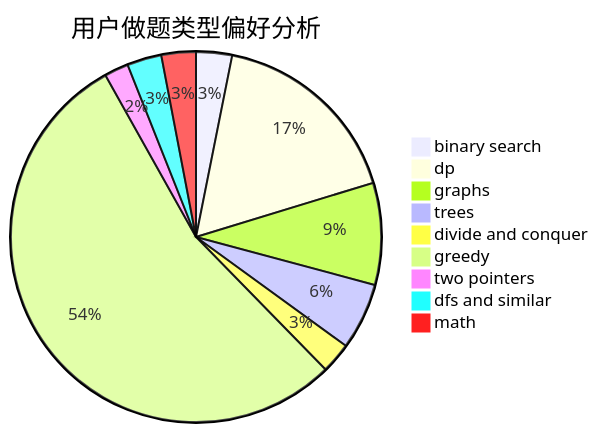
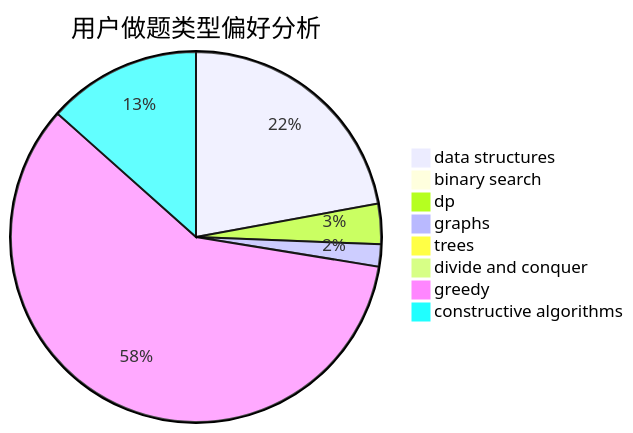
One commit to sherpahu/cfrs.github.io changed the second of 3 diagrams in docs/user/u1723.md. Above: the diagram before and after it, drawn with Mermaid. The commit also changed other lines of this file and 2775 other files, not shown here.

````diff
--- a/docs/user/u1723.md
+++ b/docs/user/u1723.md
@@ -23,12 +23,11 @@
 ```mermaid
 pie title 用户做题类型偏好分析
-    "binary search" :  49
-    "dp" :  268
-    "graphs" :  139
-    "trees" :  91
-    "divide and conquer" :  42
-    "greedy" :  847
-    "two pointers" :  33
-    "dfs and similar" :  47
-    "math" :  47
+    "data structures" :  239
+    "binary search" :  10
+    "dp" :  38
+    "graphs" :  21
+    "trees" :  9
+    "divide and conquer" :  5
+    "greedy" :  638
+    "constructive algorithms" :  145
 ```
````
